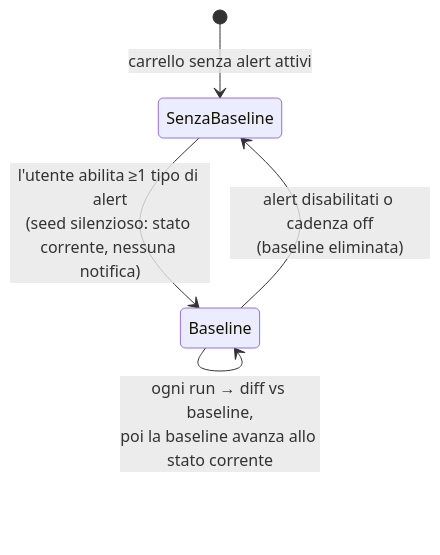
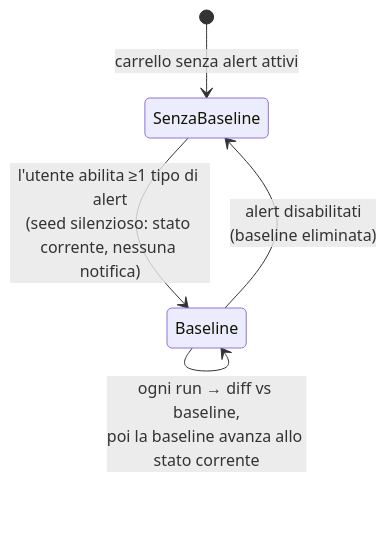
Before and after one commit to caporalesimone/watch-em-all: the first of 2 diagrams in docs-ita/2-architecture/notification-architecture.md, drawn with Mermaid. The commit also changed other lines of this file and 34 other files, not shown here.

````diff
--- a/docs-ita/2-architecture/notification-architecture.md
+++ b/docs-ita/2-architecture/notification-architecture.md
@@ -11,7 +11,7 @@
 ```mermaid
 stateDiagram-v2
     [*] --> SenzaBaseline: carrello senza alert attivi
     SenzaBaseline --> Baseline: l'utente abilita ≥1 tipo di alert<br/>(seed silenzioso: stato corrente, nessuna notifica)
     Baseline --> Baseline: ogni run → diff vs baseline,<br/>poi la baseline avanza allo stato corrente
-    Baseline --> SenzaBaseline: alert disabilitati o cadenza off<br/>(baseline eliminata)
+    Baseline --> SenzaBaseline: alert disabilitati<br/>(baseline eliminata)
 ```
````
